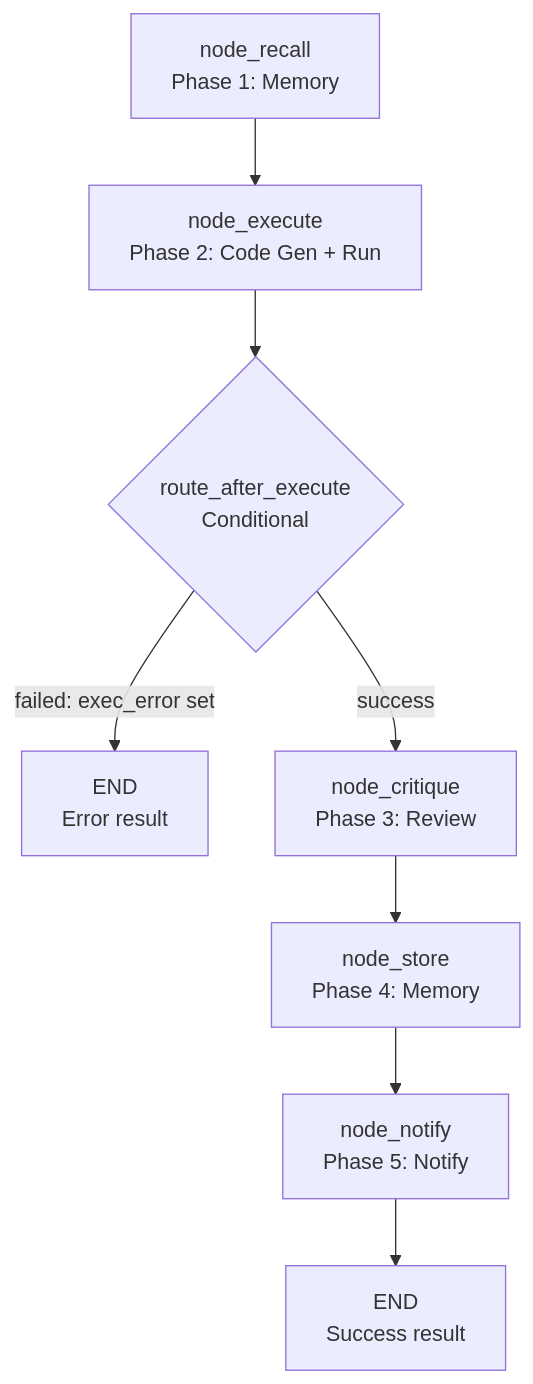
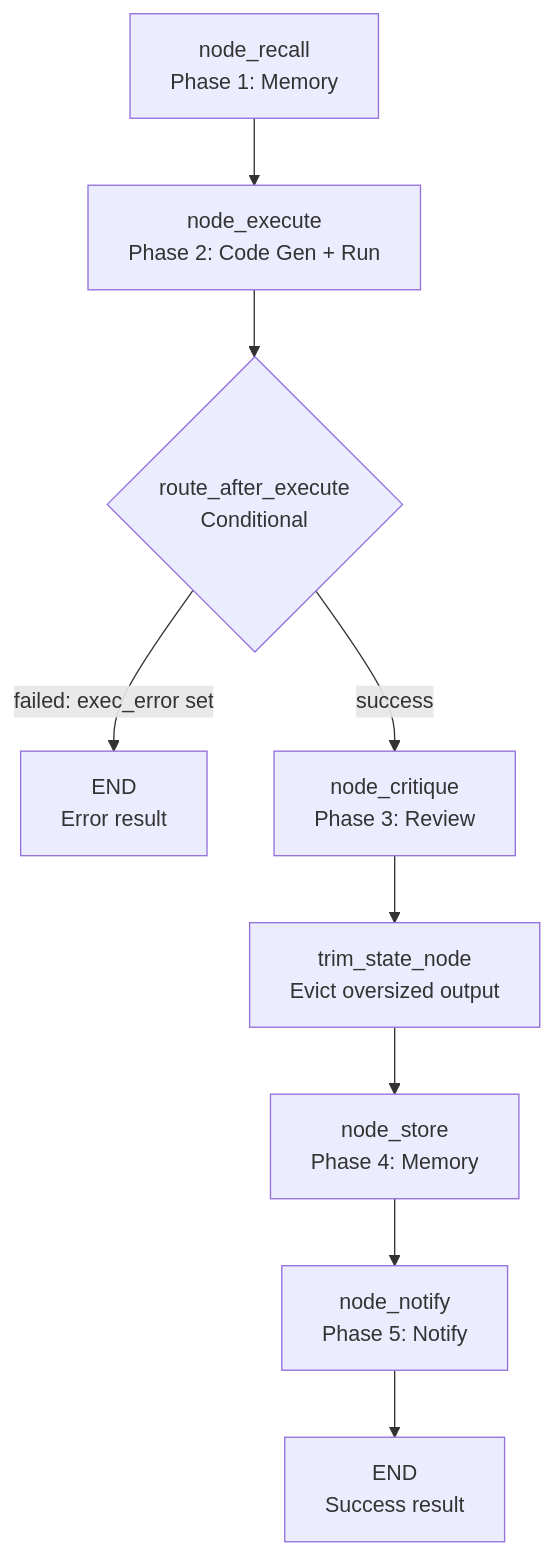
The diagram in docs/workflows/data/ARCHITECTURE.md (brunogcar/agent), drawn with Mermaid before and after one commit. The commit also changed other lines of this file and 5 other files, not shown here.

First line of the commit message:
﻿fix(data): v1.1.1 — critique KeyError fix + doc drift (mermaid trim node)

````diff
--- a/docs/workflows/data/ARCHITECTURE.md
+++ b/docs/workflows/data/ARCHITECTURE.md
@@ -49,10 +49,11 @@
 ```mermaid
 graph TD
     A["node_recall<br/>Phase 1: Memory"] --> B["node_execute<br/>Phase 2: Code Gen + Run"]
     B --> C{"route_after_execute<br/>Conditional"}
     C -->|failed: exec_error set| D["END<br/>Error result"]
     C -->|success| E["node_critique<br/>Phase 3: Review"]
-    E --> F["node_store<br/>Phase 4: Memory"]
-    F --> G["node_notify<br/>Phase 5: Notify"]
-    G --> H["END<br/>Success result"]
+    E --> F["trim_state_node<br/>Evict oversized output"]
+    F --> G["node_store<br/>Phase 4: Memory"]
+    G --> H["node_notify<br/>Phase 5: Notify"]
+    H --> I["END<br/>Success result"]
 ```
````
